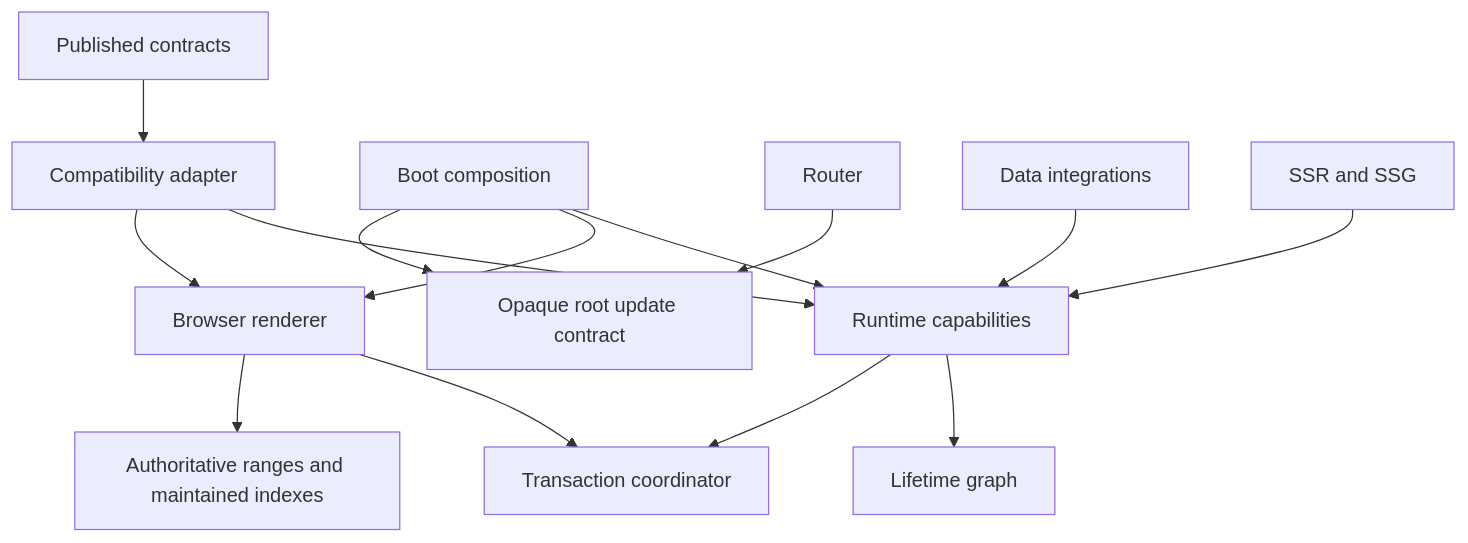
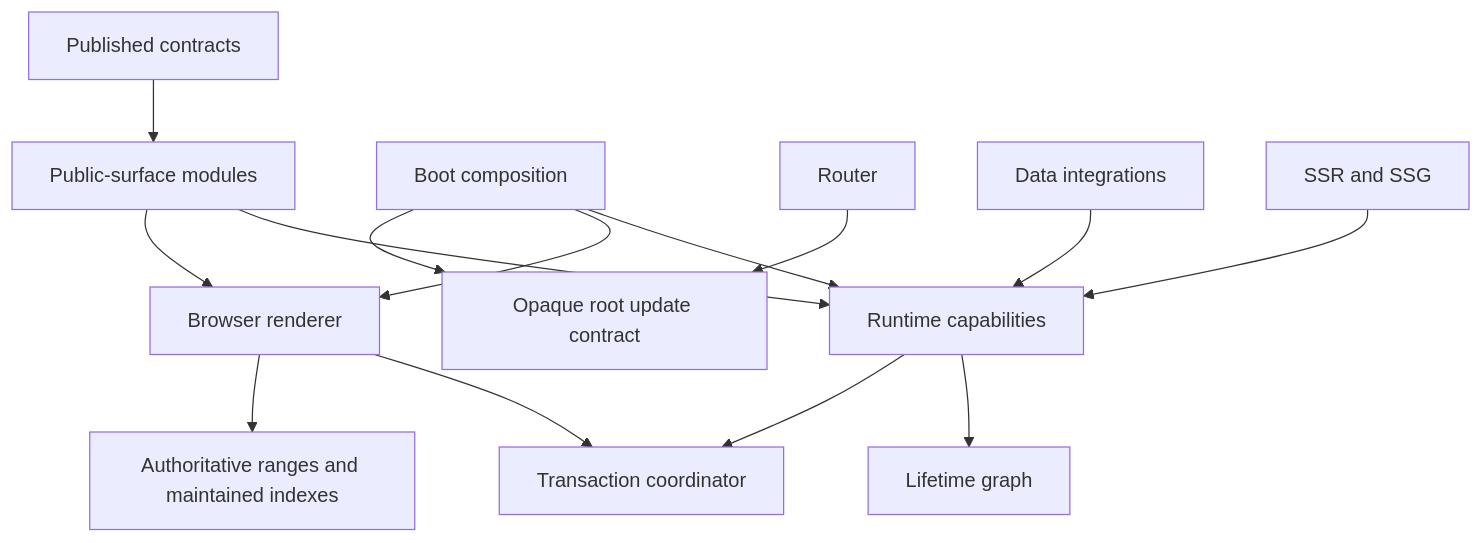
One commit to askrjs/askr changed the diagram in docs/internals/core-engine-design.md. Above: the diagram before and after it, drawn with Mermaid. The commit also changed other lines of this file and 21 other files, not shown here.

````diff
--- a/docs/internals/core-engine-design.md
+++ b/docs/internals/core-engine-design.md
@@ -22,16 +25,16 @@
 ```mermaid
 flowchart TB
-  public[Published contracts] --> compat[Compatibility adapter]
-  compat --> runtime[Runtime capabilities]
-  compat --> renderer[Browser renderer]
+  public[Published contracts] --> surface[Public-surface modules]
+  surface --> runtime[Runtime capabilities]
+  surface --> renderer[Browser renderer]
   boot[Boot composition] --> runtime
   boot --> renderer
   router[Router] --> root[Opaque root update contract]
   boot --> root
   data[Data integrations] --> runtime
   server[SSR and SSG] --> runtime
   runtime --> ownership[Lifetime graph]
   runtime --> transaction[Transaction coordinator]
   renderer --> transaction
   renderer --> ranges[Authoritative ranges and maintained indexes]
 ```
````
